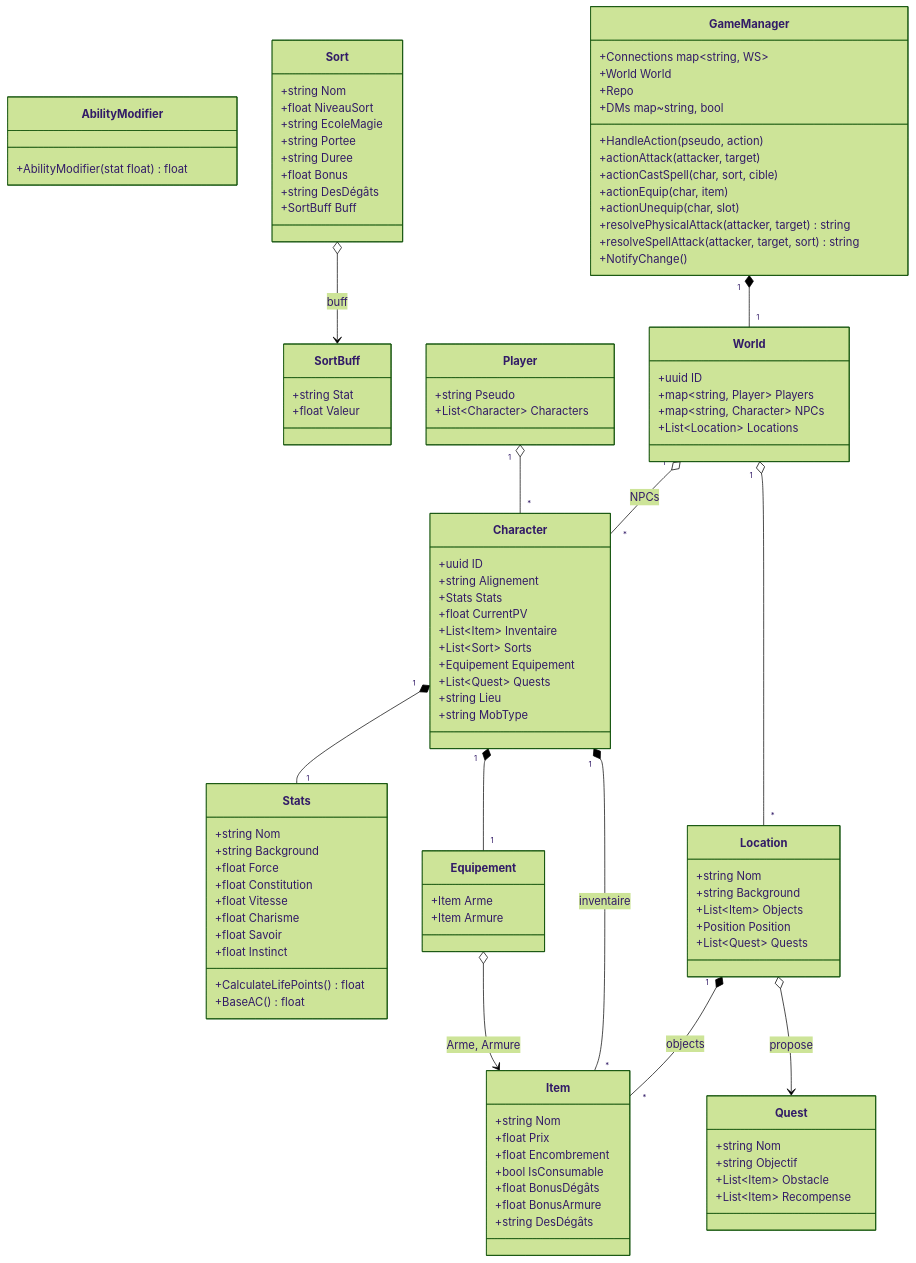
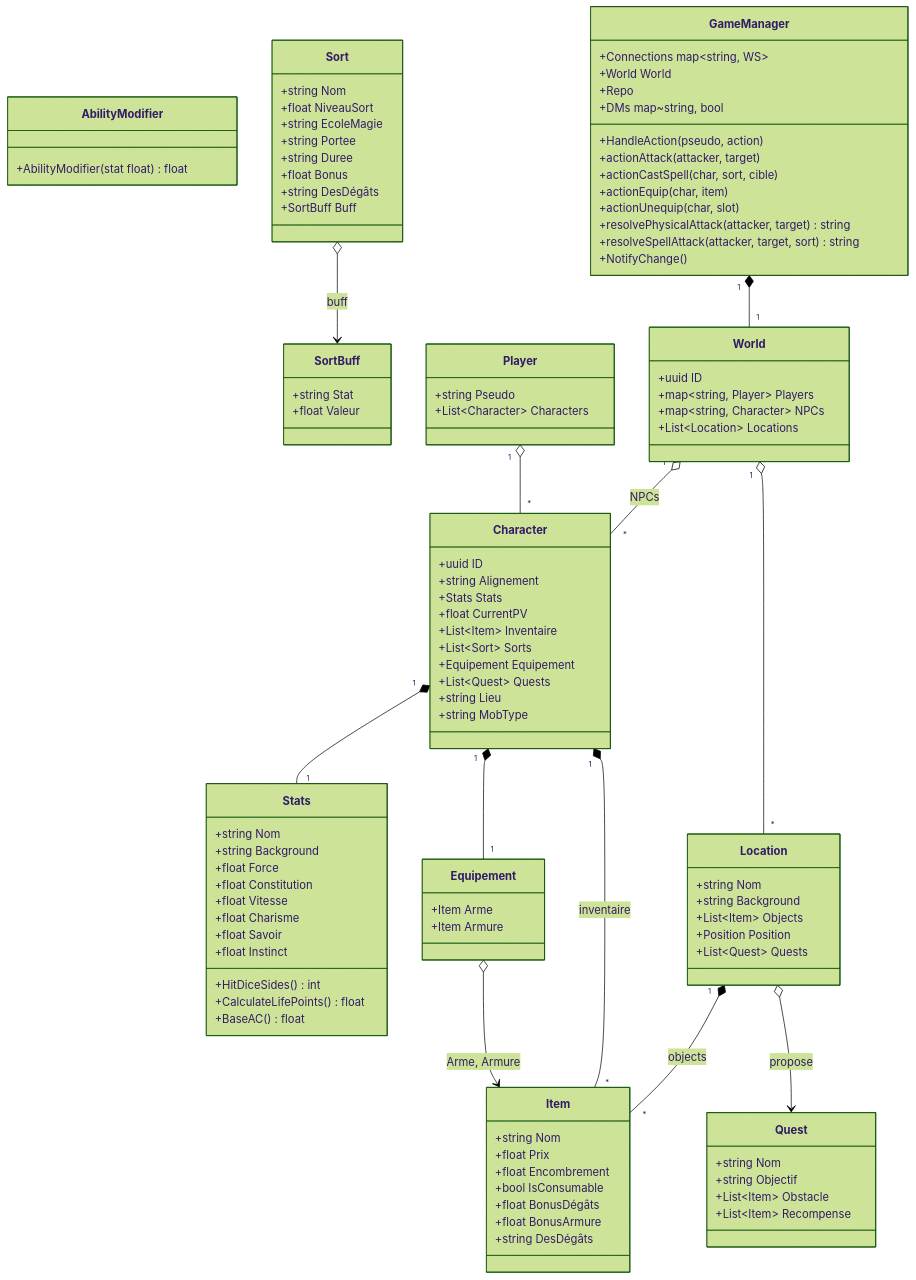
Before and after one commit to fanama/dnd: the second of 2 diagrams in README.md, drawn with Mermaid (forest theme). The commit also changed other lines of this file and 18 other files, not shown here.

```diff
--- a/README.md
+++ b/README.md
@@ -246,6 +249,7 @@
         +float Charisme
         +float Savoir
         +float Instinct
+        +HitDiceSides() int
         +CalculateLifePoints() float
         +BaseAC() float
     }
```
